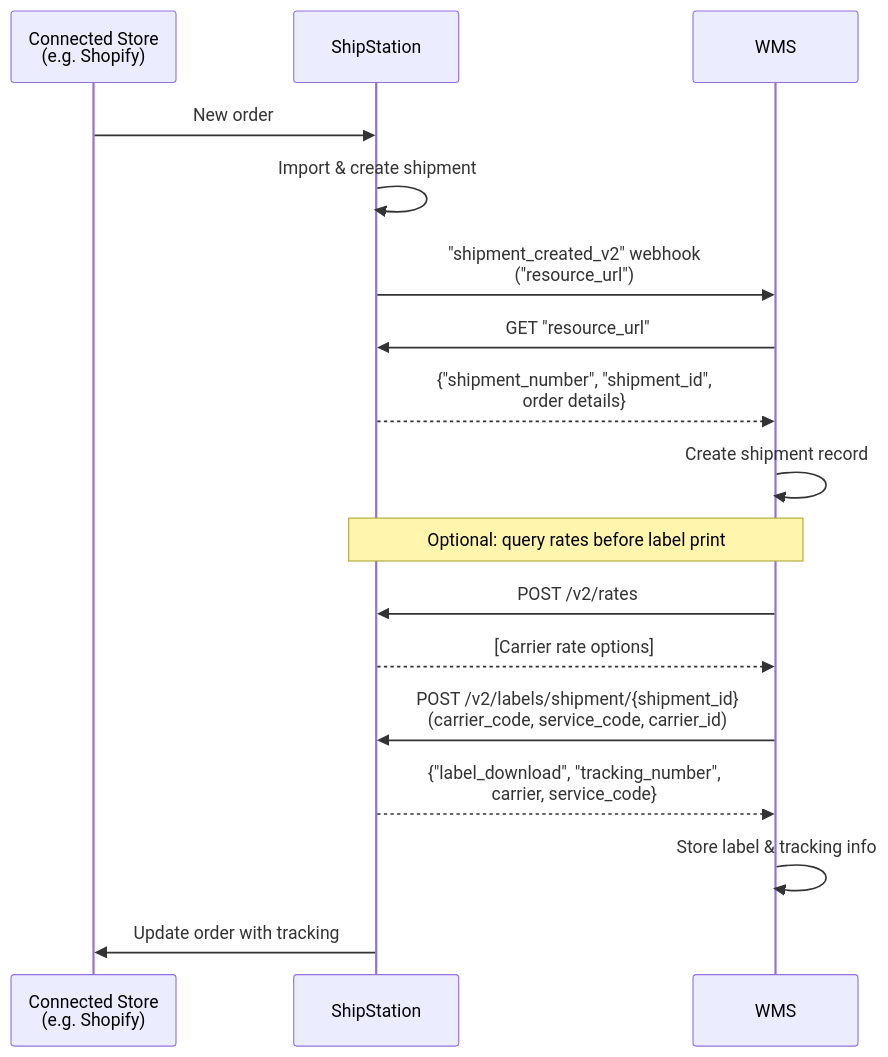
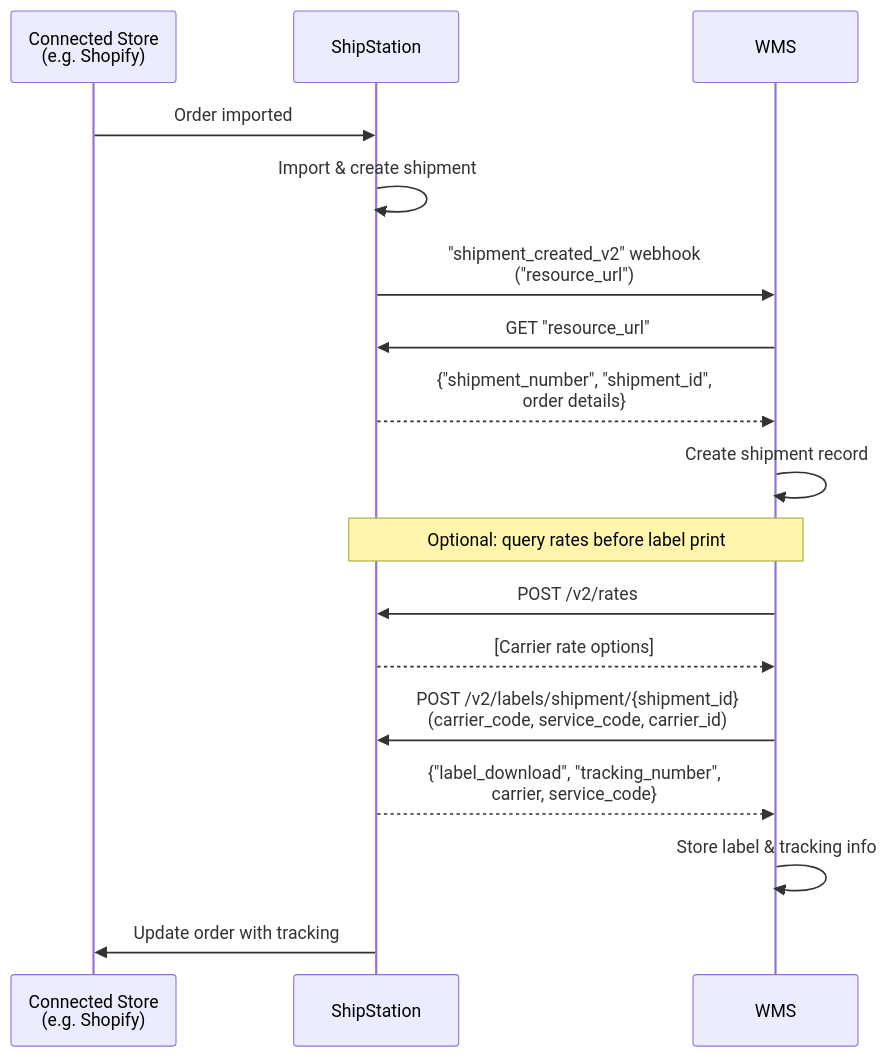
One commit to pmcgee-personal/shipstation-integration-toolkit changed the diagram in patterns/wms/order-import-wms-label-print.md. Above: the diagram before and after it, drawn with Mermaid. The commit also changed 6 other files, not shown here.

````diff
--- a/patterns/wms/order-import-wms-label-print.md
+++ b/patterns/wms/order-import-wms-label-print.md
@@ -9,24 +9,24 @@
 ```mermaid
 sequenceDiagram
     participant Store as Connected Store<br/>(e.g. Shopify)
     participant SS as ShipStation
     participant WMS as WMS
 
-    Store->>SS: New order
+    Store->>SS: Order imported
     SS->>SS: Import & create shipment
 
     SS->>WMS: "shipment_created_v2" webhook<br/>("resource_url")
     WMS->>SS: GET "resource_url"
     SS-->>WMS: {"shipment_number", "shipment_id",<br/>order details}
     WMS->>WMS: Create shipment record
 
     Note over WMS,SS: Optional: query rates before label print
     WMS->>SS: POST /v2/rates
     SS-->>WMS: [Carrier rate options]
 
     WMS->>SS: POST /v2/labels/shipment/{shipment_id}<br/>(carrier_code, service_code, carrier_id)
     SS-->>WMS: {"label_download", "tracking_number",<br/>carrier, service_code}
     WMS->>WMS: Store label & tracking info
 
     SS->>Store: Update order with tracking
 ```
````
